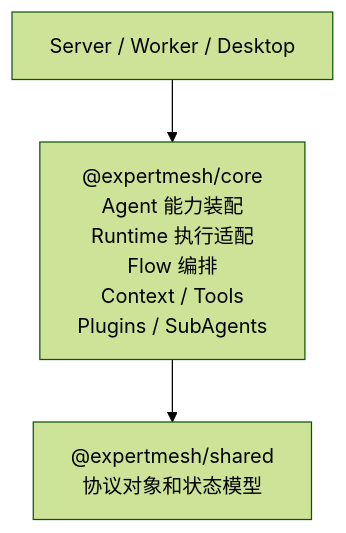
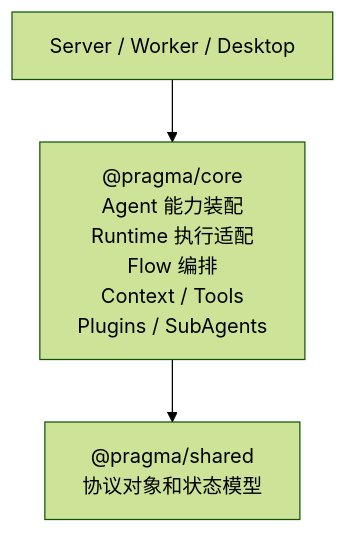
The first of 18 diagrams in docs/architecture/agent-core-architecture.md (pqpo/pragma), drawn with Mermaid (forest theme) before and after one commit. The commit also changed other lines of this file and 109 other files, not shown here.

````diff
--- a/docs/architecture/agent-core-architecture.md
+++ b/docs/architecture/agent-core-architecture.md
@@ -15,8 +15,8 @@
 ```mermaid
 flowchart TB
   app["Server / Worker / Desktop"]
-  core["@expertmesh/core<br/>Agent 能力装配<br/>Runtime 执行适配<br/>Flow 编排<br/>Context / Tools<br/>Plugins / SubAgents"]
-  shared["@expertmesh/shared<br/>协议对象和状态模型"]
+  core["@pragma/core<br/>Agent 能力装配<br/>Runtime 执行适配<br/>Flow 编排<br/>Context / Tools<br/>Plugins / SubAgents"]
+  shared["@pragma/shared<br/>协议对象和状态模型"]
 
   app --> core --> shared
 ```
````
